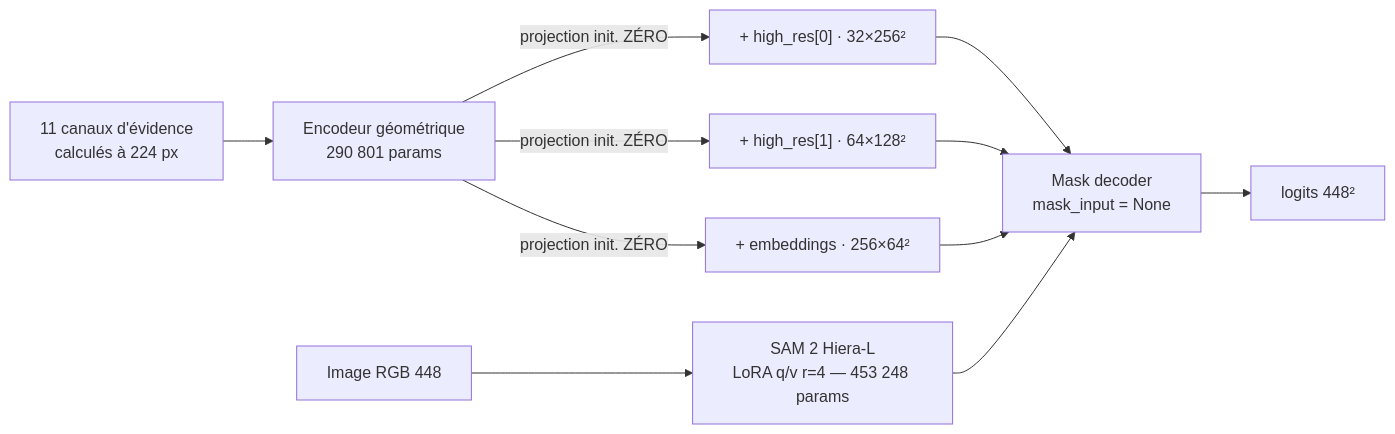
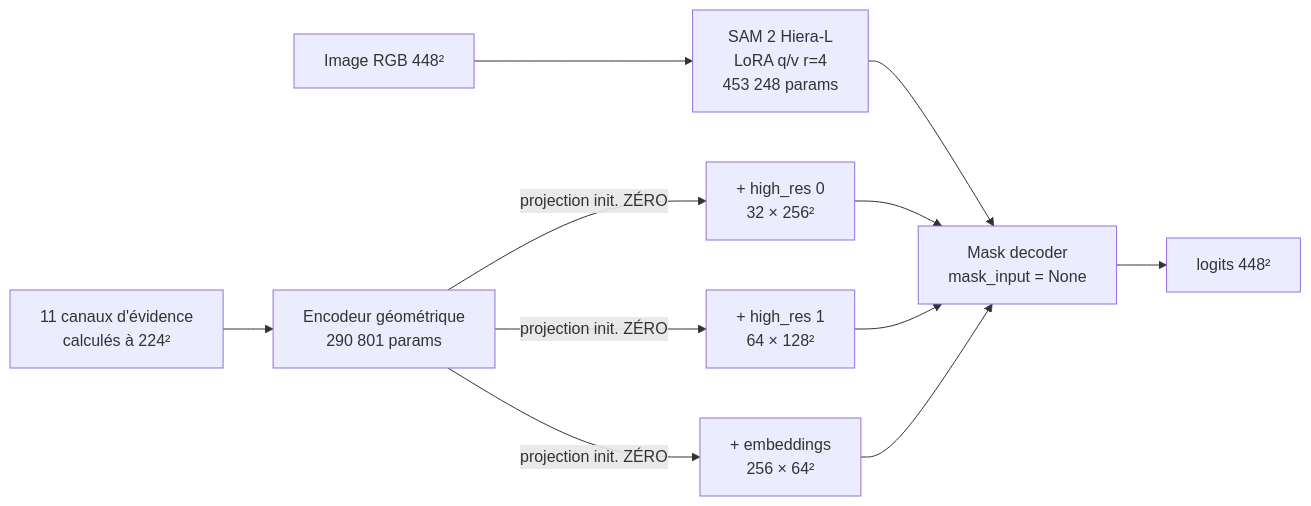
The diagram in ISPRS/CrackSAM-GeoLoRA/RAPPORT.md (Ludwig-H/Generalized-Frangi-for-Automatic-Crack-Extraction-on-FIND-dataset), drawn with Mermaid before and after one commit. The commit also changed other lines of this file, not shown here.

First line of the commit message:
Rewrite the GeoLoRA report to GitHub markdown standards

````diff
--- a/ISPRS/CrackSAM-GeoLoRA/RAPPORT.md
+++ b/ISPRS/CrackSAM-GeoLoRA/RAPPORT.md
@@ -68,11 +91,11 @@
 ```mermaid
 flowchart LR
-    RGB[Image RGB 448] --> HIERA["SAM 2 Hiera-L<br/>LoRA q/v r=4 — 453 248 params"]
-    GEO["11 canaux d'évidence<br/>calculés à 224 px"] --> ENC["Encodeur géométrique<br/>290 801 params"]
-    ENC -->|"projection init. ZÉRO"| A["+ high_res[0] · 32×256²"]
-    ENC -->|"projection init. ZÉRO"| B["+ high_res[1] · 64×128²"]
-    ENC -->|"projection init. ZÉRO"| C["+ embeddings · 256×64²"]
+    RGB["Image RGB 448²"] --> HIERA["SAM 2 Hiera-L<br/>LoRA q/v r=4<br/>453 248 params"]
+    GEO["11 canaux d'évidence<br/>calculés à 224²"] --> ENC["Encodeur géométrique<br/>290 801 params"]
+    ENC -->|"projection init. ZÉRO"| A["+ high_res 0<br/>32 × 256²"]
+    ENC -->|"projection init. ZÉRO"| B["+ high_res 1<br/>64 × 128²"]
+    ENC -->|"projection init. ZÉRO"| C["+ embeddings<br/>256 × 64²"]
+    HIERA --> DEC
     A & B & C --> DEC["Mask decoder<br/>mask_input = None"]
-    HIERA --> DEC
-    DEC --> Z[logits 448²]
+    DEC --> Z["logits 448²"]
 ```
````
